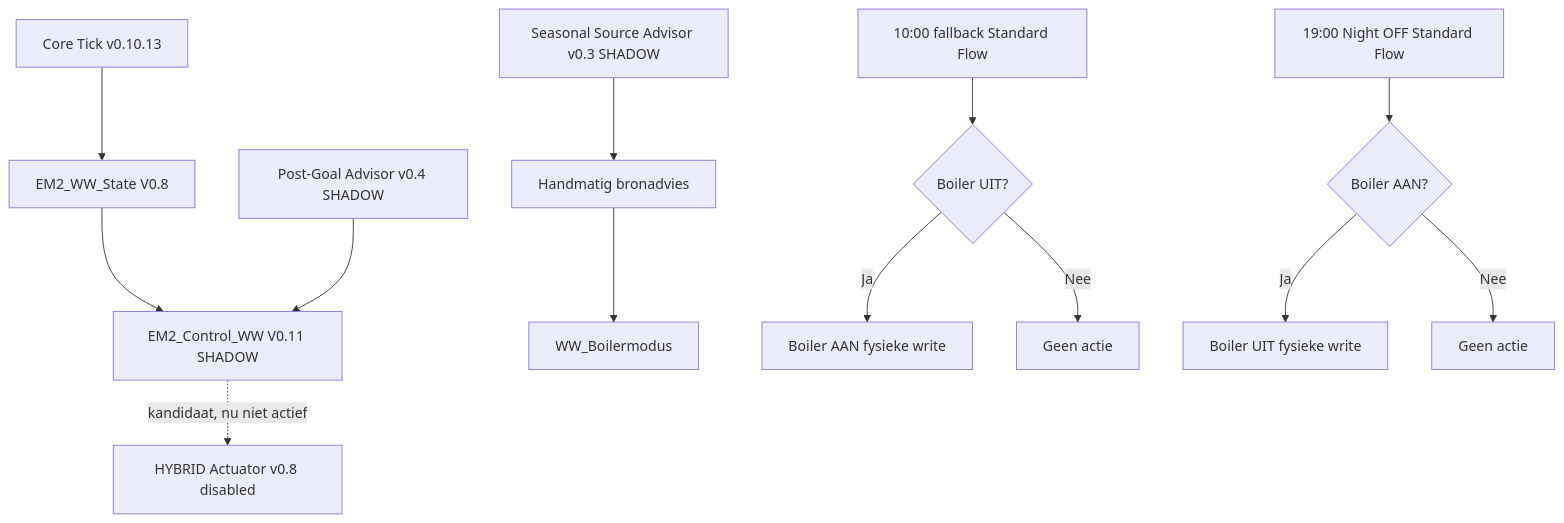
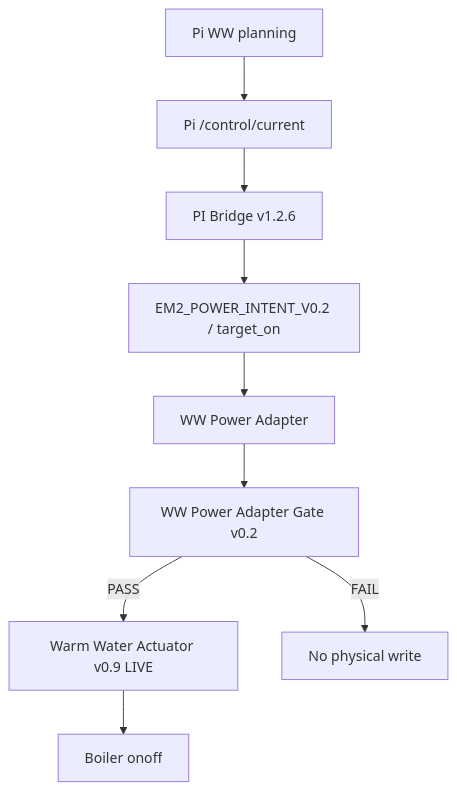
Before and after one commit to OnsKasteeltje/homey-energy-manual: the first of 4 diagrams in docs/software-architecture/flows/boiler-flow.md, drawn with Mermaid. The commit also changed other lines of this file, not shown here.

Commit message:
docs: align warm-water flow diagrams with live WW production chain

````diff
--- a/docs/software-architecture/flows/boiler-flow.md
+++ b/docs/software-architecture/flows/boiler-flow.md
@@ -46,18 +37,11 @@
 ```mermaid
 flowchart TD
-    A[Core Tick v0.10.13] --> B[EM2_WW_State V0.8]
-    B --> C[EM2_Control_WW V0.11 SHADOW]
-    D[Post-Goal Advisor v0.4 SHADOW] --> C
-    E[Seasonal Source Advisor v0.3 SHADOW] --> F[Handmatig bronadvies]
-    F --> G[WW_Boilermodus]
-
-    H[10:00 fallback Standard Flow] --> I{Boiler UIT?}
-    I -->|Ja| J[Boiler AAN fysieke write]
-    I -->|Nee| K[Geen actie]
-
-    L[19:00 Night OFF Standard Flow] --> M{Boiler AAN?}
-    M -->|Ja| N[Boiler UIT fysieke write]
-    M -->|Nee| O[Geen actie]
-
-    C -. kandidaat, nu niet actief .-> P[HYBRID Actuator v0.8 disabled]
+    A[Pi WW planning] --> B[Pi /control/current]
+    B --> C[PI Bridge v1.2.6]
+    C --> D[EM2_POWER_INTENT_V0.2 / target_on]
+    D --> E[WW Power Adapter]
+    E --> F[WW Power Adapter Gate v0.2]
+    F -->|PASS| G[Warm Water Actuator v0.9 LIVE]
+    F -->|FAIL| H[No physical write]
+    G --> I[Boiler onoff]
 ```
````
